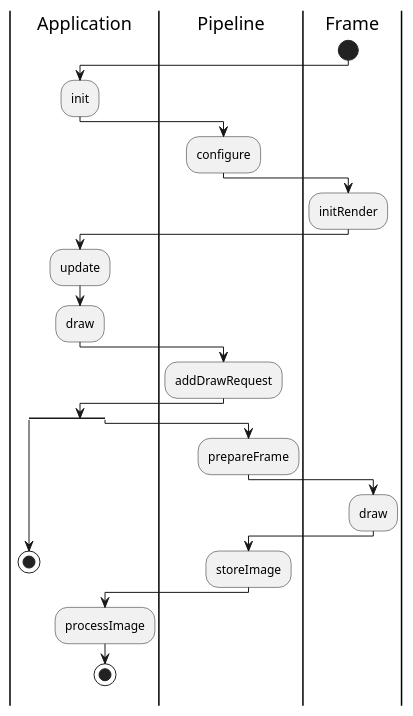
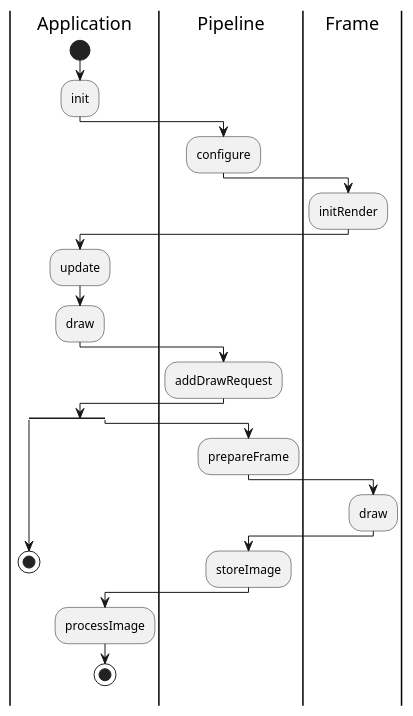
Before and after one commit to ClemensX/ShadedPath12: the second of 2 diagrams in README_ARCH.md, drawn with PlantUML. The commit also changed 2 other files, not shown here.

Commit message:
first empty test for NE3

````diff
--- a/README_ARCH.md
+++ b/README_ARCH.md
@@ -19,33 +19,33 @@
 ```plantuml
 @startuml
 |Application|
 |Pipeline|
 |Frame|
-start
     |Application|
+    start
     :init;
     |Pipeline|
     :configure;
     |Frame|
     :initRender;
     |Application|
     :update;
     :draw;
     |Pipeline|
     :addDrawRequest;
     split
         |Application|
         stop
     split again
         |Pipeline|
         :prepareFrame;
         |Frame|
         :draw;
         |Pipeline|
         :storeImage;
         |Application|
         :processImage;
         stop
     end split
 @enduml
 ```
````
